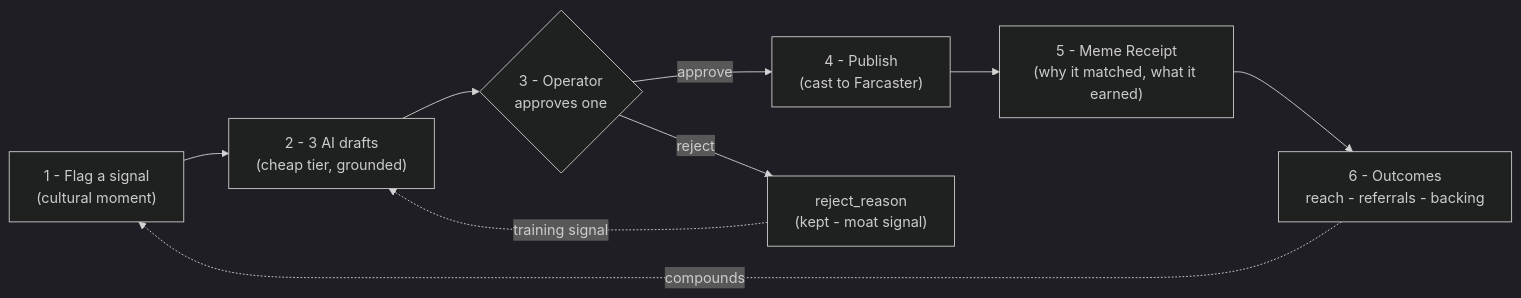
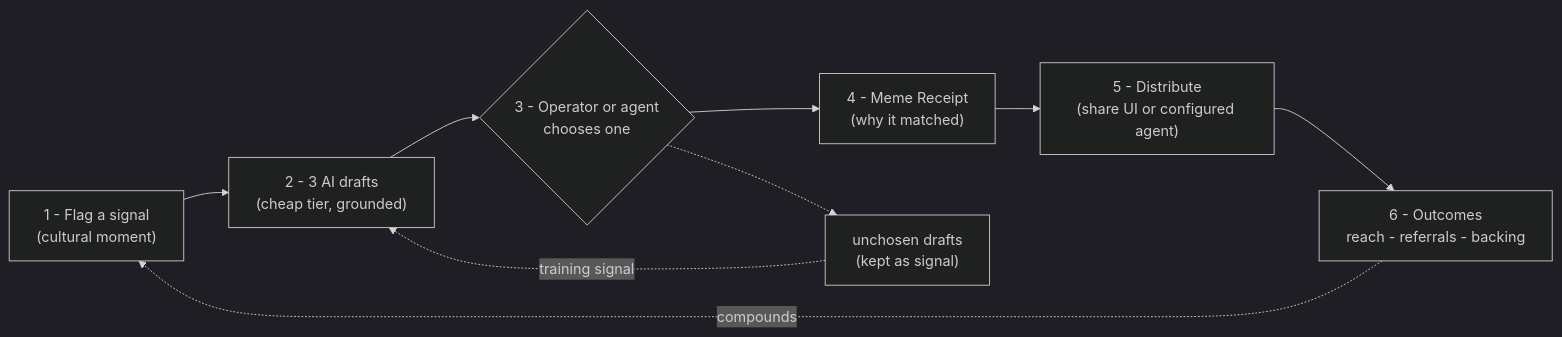
One commit to bettercallzaal/sparkz changed the third of 6 diagrams in README.md. Above: the diagram before and after it, drawn with Mermaid (dark theme). The commit also changed other lines of this file, not shown here.

````diff
--- a/README.md
+++ b/README.md
@@ -202,11 +246,11 @@
 ```mermaid
 flowchart LR
   A["1 - Flag a signal<br/>(cultural moment)"] --> B["2 - 3 AI drafts<br/>(cheap tier, grounded)"]
-  B --> C{"3 - Operator<br/>approves one"}
-  C -->|approve| D["4 - Publish<br/>(cast to Farcaster)"]
-  C -->|reject| R["reject_reason<br/>(kept - moat signal)"]
-  D --> E["5 - Meme Receipt<br/>(why it matched, what it earned)"]
-  E --> F["6 - Outcomes<br/>reach - referrals - backing"]
+  B --> C{"3 - Operator or agent<br/>chooses one"}
+  C --> E["4 - Meme Receipt<br/>(why it matched)"]
+  C -.-> R["unchosen drafts<br/>(kept as signal)"]
+  E --> D["5 - Distribute<br/>(share UI or configured agent)"]
+  D --> F["6 - Outcomes<br/>reach - referrals - backing"]
   F -.->|compounds| A
   R -.->|training signal| B
 ```
````
